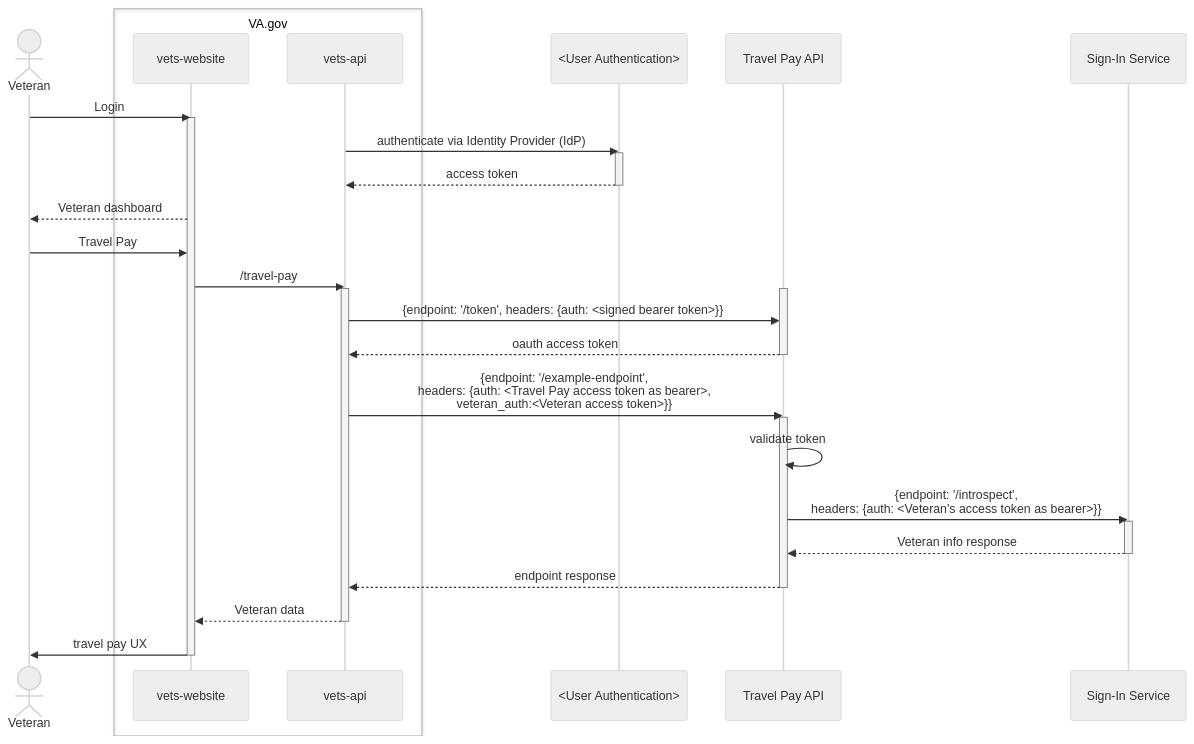
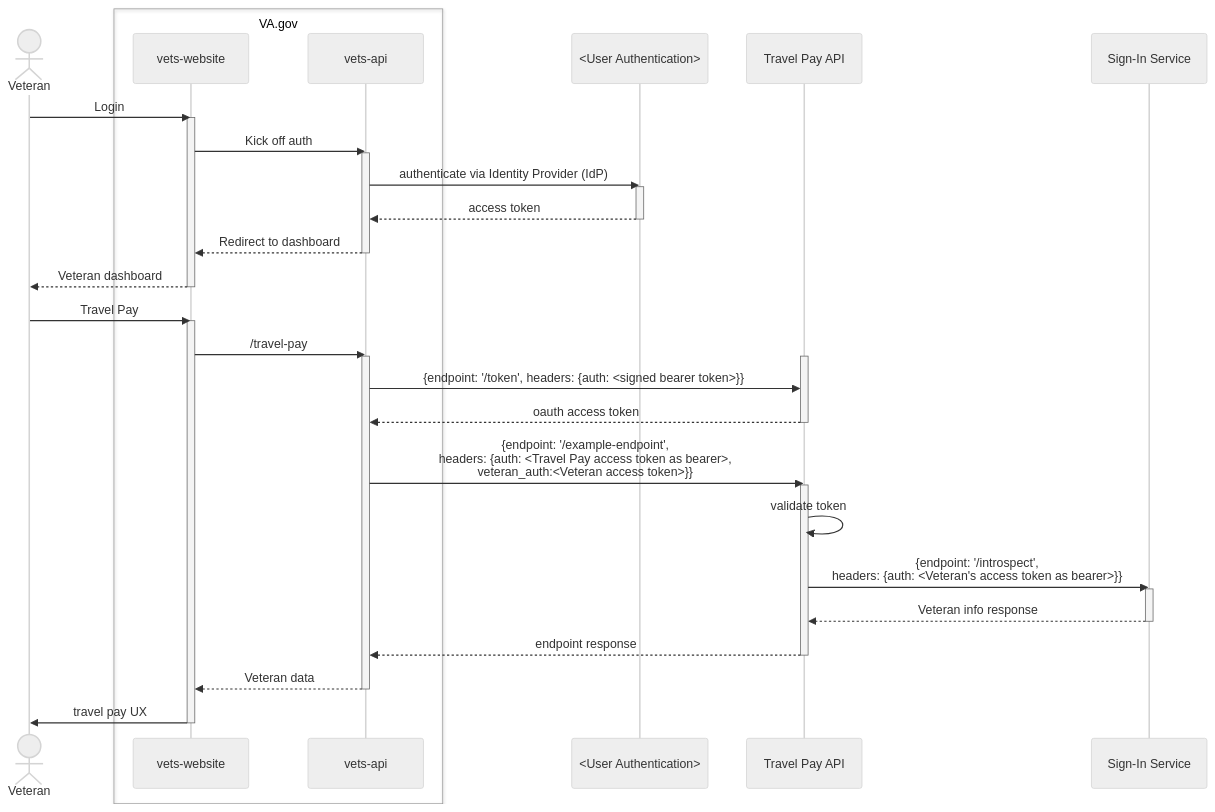
The diagram in products/health-care/beneficiary-travel/engineering/auth-seq-diagram.md (department-of-veterans-affairs/va.gov-team), drawn with Mermaid (neutral theme) before and after one commit.

````diff
--- a/products/health-care/beneficiary-travel/engineering/auth-seq-diagram.md
+++ b/products/health-care/beneficiary-travel/engineering/auth-seq-diagram.md
@@ -1,48 +1,54 @@
 ```mermaid
 sequenceDiagram
   actor v as Veteran
   box VA.gov
     participant vweb as vets-website
     participant vapi as vets-api
   end
   participant uauth as <User Authentication>
   participant tpapi as Travel Pay API
   participant sis as Sign-In Service
 
   v->>vweb: Login
   activate vweb
+    vweb->>vapi: Kick off auth
+    activate vapi
     vapi->>uauth: authenticate via Identity Provider (IdP)
 
     activate uauth
       uauth-->>vapi: access token
     deactivate uauth
+    vapi-->>vweb: Redirect to dashboard
+    deactivate vapi
+    vweb-->>v: Veteran dashboard
+    deactivate vweb
 
-    vweb-->>v: Veteran dashboard
     v->>vweb: Travel Pay
+    activate vweb
     vweb->>vapi: /travel-pay
     activate vapi
 
     activate tpapi
       vapi->>tpapi: {endpoint: '/token', headers: {auth: <signed bearer token>}}
 
       tpapi-->>vapi: oauth access token
     deactivate tpapi
 
     vapi->>tpapi: {endpoint: '/example-endpoint',<br/>headers: {auth: <Travel Pay access token as bearer>,<br/>veteran_auth:<Veteran access token>}}
 
     activate tpapi
       tpapi->>tpapi: validate token
 
       tpapi->>sis: {endpoint: '/introspect',<br/>headers: {auth: <Veteran's access token as bearer>}}
       activate sis
         sis-->>tpapi: Veteran info response
       deactivate sis
 
       tpapi-->>vapi: endpoint response
     deactivate tpapi
     
     vapi-->>vweb: Veteran data
     deactivate vapi
     vweb->>v: travel pay UX
   deactivate vweb
 ```
````
